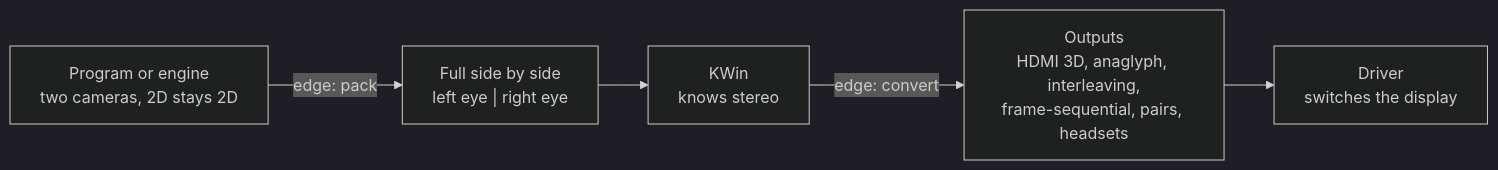
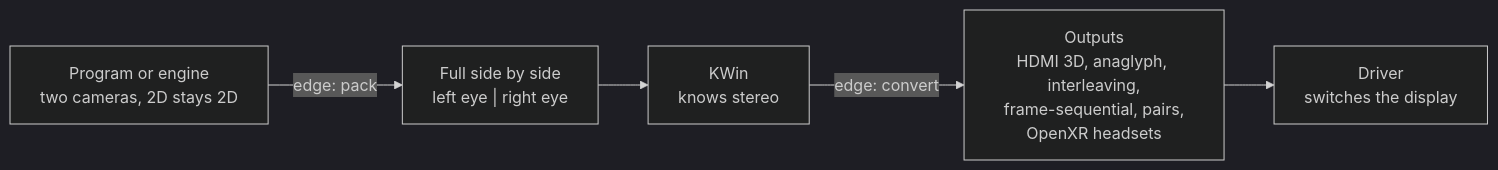
The diagram in docs/stereo-labor-division.md (Sparky-OS/sparky-stereo-os), drawn with Mermaid (dark theme) before and after one commit. The commit also changed 2 other files, not shown here.

Commit message:
Outputs: name OpenXR beside the 3D televisions
The front page, the house formats and the labor division's diagram now list headsets through OpenXR as an output, as the labor division's own output list already did.

````diff
--- a/docs/stereo-labor-division.md
+++ b/docs/stereo-labor-division.md
@@ -27,7 +27,7 @@
 ```mermaid
 flowchart LR
   P["Program or engine<br/>two cameras, 2D stays 2D"] -- "edge: pack" --> F["Full side by side<br/>left eye | right eye"]
   F --> K["KWin<br/>knows stereo"]
-  K -- "edge: convert" --> O["Outputs<br/>HDMI 3D, anaglyph, interleaving,<br/>frame-sequential, pairs, headsets"]
+  K -- "edge: convert" --> O["Outputs<br/>HDMI 3D, anaglyph, interleaving,<br/>frame-sequential, pairs,<br/>OpenXR headsets"]
   O --> D["Driver<br/>switches the display"]
 ```
````
